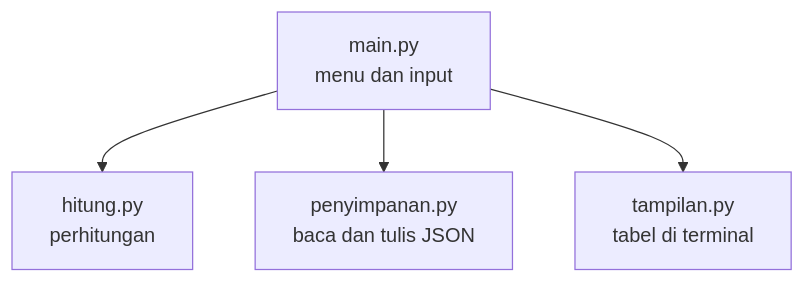
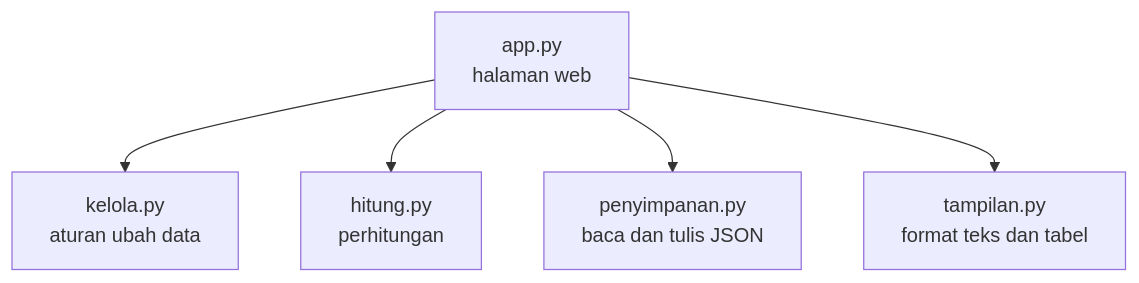
The diagram in docs/arsitektur.md (osman-fardin/contoh-patungan), drawn with Mermaid before and after one commit. The commit also changed other lines of this file and 1 other file, not shown here.

Commit message:
Perbarui README dan penjelasan arsitektur

````diff
--- a/docs/arsitektur.md
+++ b/docs/arsitektur.md
@@ -5,6 +5,7 @@
 ```mermaid
 flowchart TD
-    M[main.py<br/>menu dan input] --> H[hitung.py<br/>perhitungan]
-    M --> P[penyimpanan.py<br/>baca dan tulis JSON]
-    M --> T[tampilan.py<br/>tabel di terminal]
+    A[app.py<br/>halaman web] --> K[kelola.py<br/>aturan ubah data]
+    A --> H[hitung.py<br/>perhitungan]
+    A --> P[penyimpanan.py<br/>baca dan tulis JSON]
+    A --> T[tampilan.py<br/>format teks dan tabel]
 ```
````
